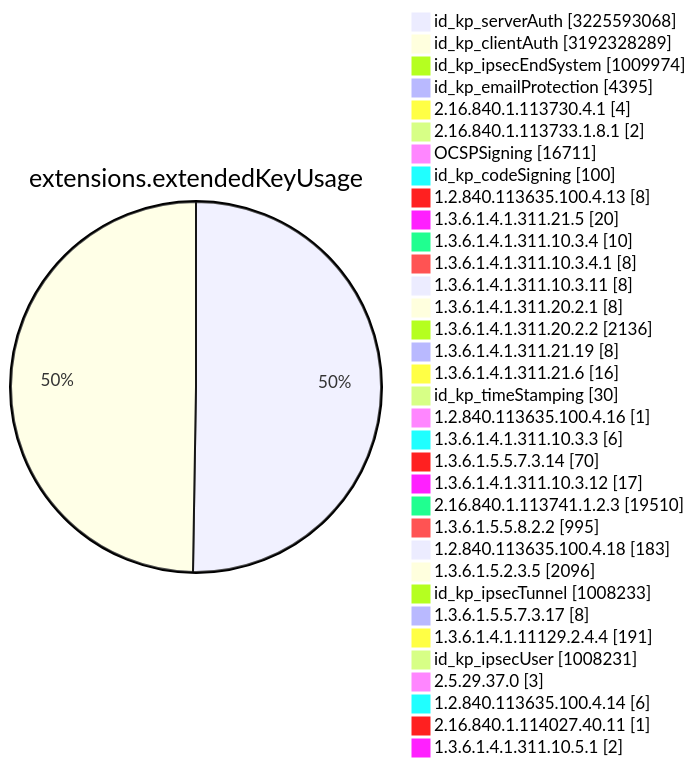
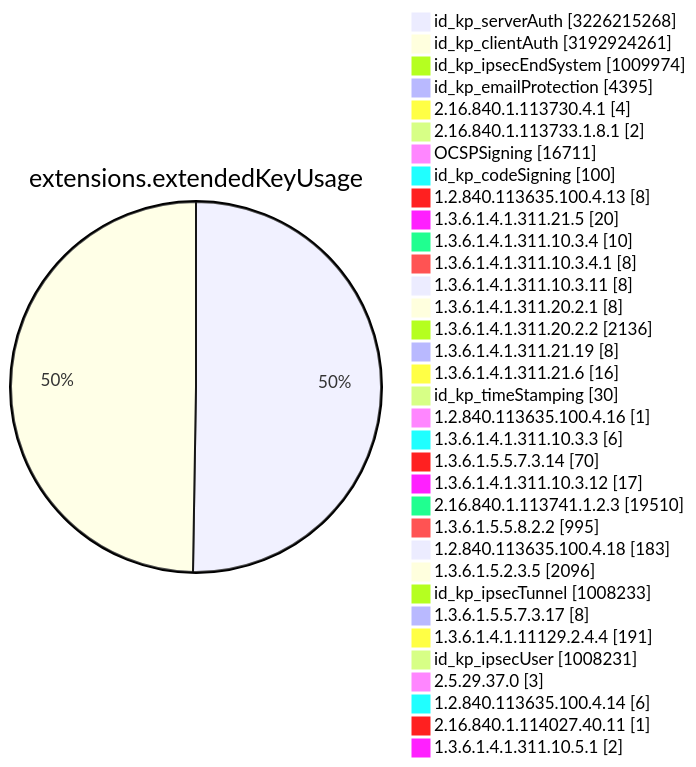
Before and after one commit to christiankrug/ctmonitor_visualization: diagram 11 of 15 in TOTAL/README.md, drawn with Mermaid. The commit also changed other lines of this file, not shown here.

````diff
--- a/TOTAL/README.md
+++ b/TOTAL/README.md
@@ -4119,38 +4119,38 @@
 ```mermaid
 pie showData
 title extensions.extendedKeyUsage
-"id_kp_serverAuth" :3225593068
-"id_kp_clientAuth" :3192328289
+"id_kp_serverAuth" :3226215268
+"id_kp_clientAuth" :3192924261
 "id_kp_ipsecEndSystem" :1009974
 "id_kp_emailProtection" :4395
 "2.16.840.1.113730.4.1" :4
 "2.16.840.1.113733.1.8.1" :2
 "OCSPSigning" :16711
 "id_kp_codeSigning" :100
 "1.2.840.113635.100.4.13" :8
 "1.3.6.1.4.1.311.21.5" :20
 "1.3.6.1.4.1.311.10.3.4" :10
 "1.3.6.1.4.1.311.10.3.4.1" :8
 "1.3.6.1.4.1.311.10.3.11" :8
 "1.3.6.1.4.1.311.20.2.1" :8
 "1.3.6.1.4.1.311.20.2.2" :2136
 "1.3.6.1.4.1.311.21.19" :8
 "1.3.6.1.4.1.311.21.6" :16
 "id_kp_timeStamping" :30
 "1.2.840.113635.100.4.16" :1
 "1.3.6.1.4.1.311.10.3.3" :6
 "1.3.6.1.5.5.7.3.14" :70
 "1.3.6.1.4.1.311.10.3.12" :17
 "2.16.840.1.113741.1.2.3" :19510
 "1.3.6.1.5.5.8.2.2" :995
 "1.2.840.113635.100.4.18" :183
 "1.3.6.1.5.2.3.5" :2096
 "id_kp_ipsecTunnel" :1008233
 "1.3.6.1.5.5.7.3.17" :8
 "1.3.6.1.4.1.11129.2.4.4" :191
 "id_kp_ipsecUser" :1008231
 "2.5.29.37.0" :3
 "1.2.840.113635.100.4.14" :6
 "2.16.840.1.114027.40.11" :1
 "1.3.6.1.4.1.311.10.5.1" :2
 ```
````
